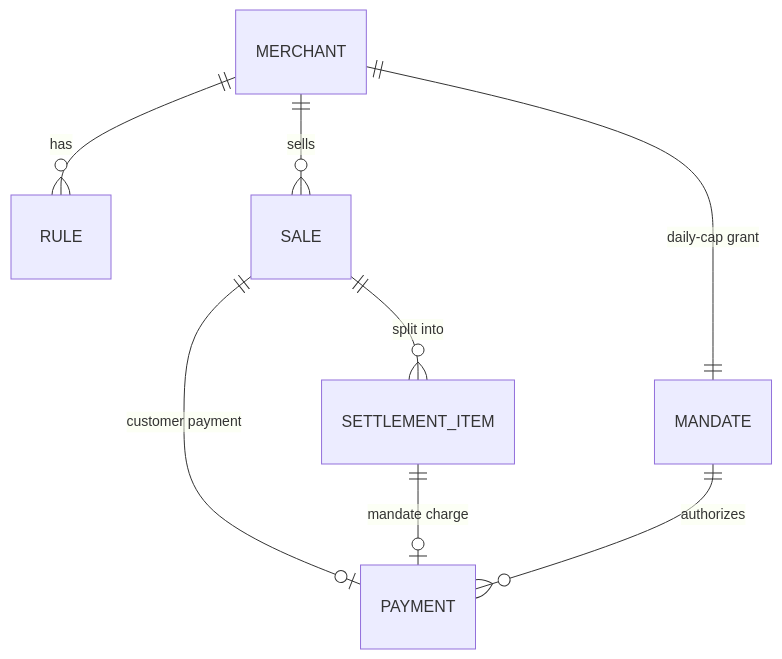
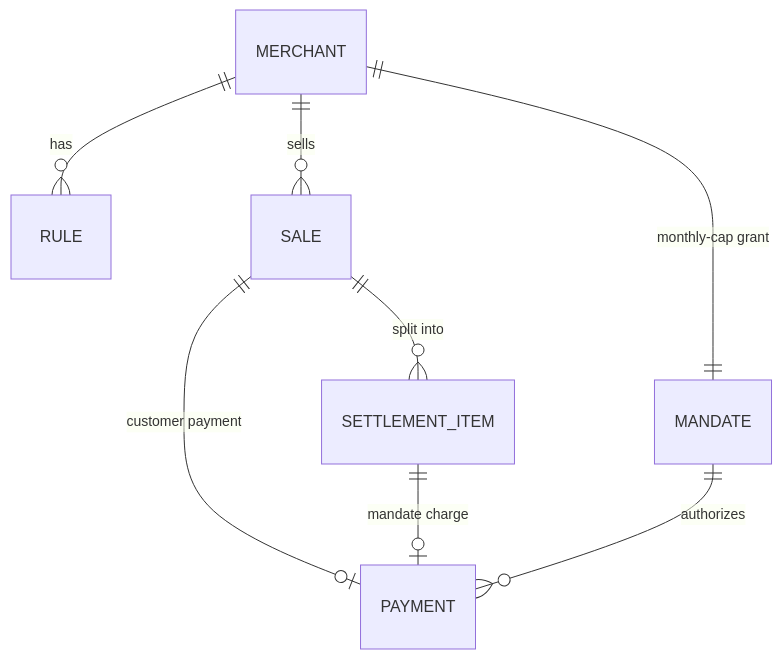
Before and after one commit to JuanMCanchala/interledger_hackathon: the third of 6 diagrams in docs/SYSTEM_DESIGN.md, drawn with Mermaid. The commit also changed other lines of this file and 5 other files, not shown here.

````diff
--- a/docs/SYSTEM_DESIGN.md
+++ b/docs/SYSTEM_DESIGN.md
@@ -140,10 +140,10 @@
 ```mermaid
 erDiagram
-  MERCHANT ||--|| MANDATE : "daily-cap grant"
+  MERCHANT ||--|| MANDATE : "monthly-cap grant"
   MERCHANT ||--o{ RULE : has
   MERCHANT ||--o{ SALE : sells
   SALE ||--o| PAYMENT : "customer payment"
   SALE ||--o{ SETTLEMENT_ITEM : "split into"
   SETTLEMENT_ITEM ||--o| PAYMENT : "mandate charge"
   MANDATE ||--o{ PAYMENT : authorizes
 ```
````
